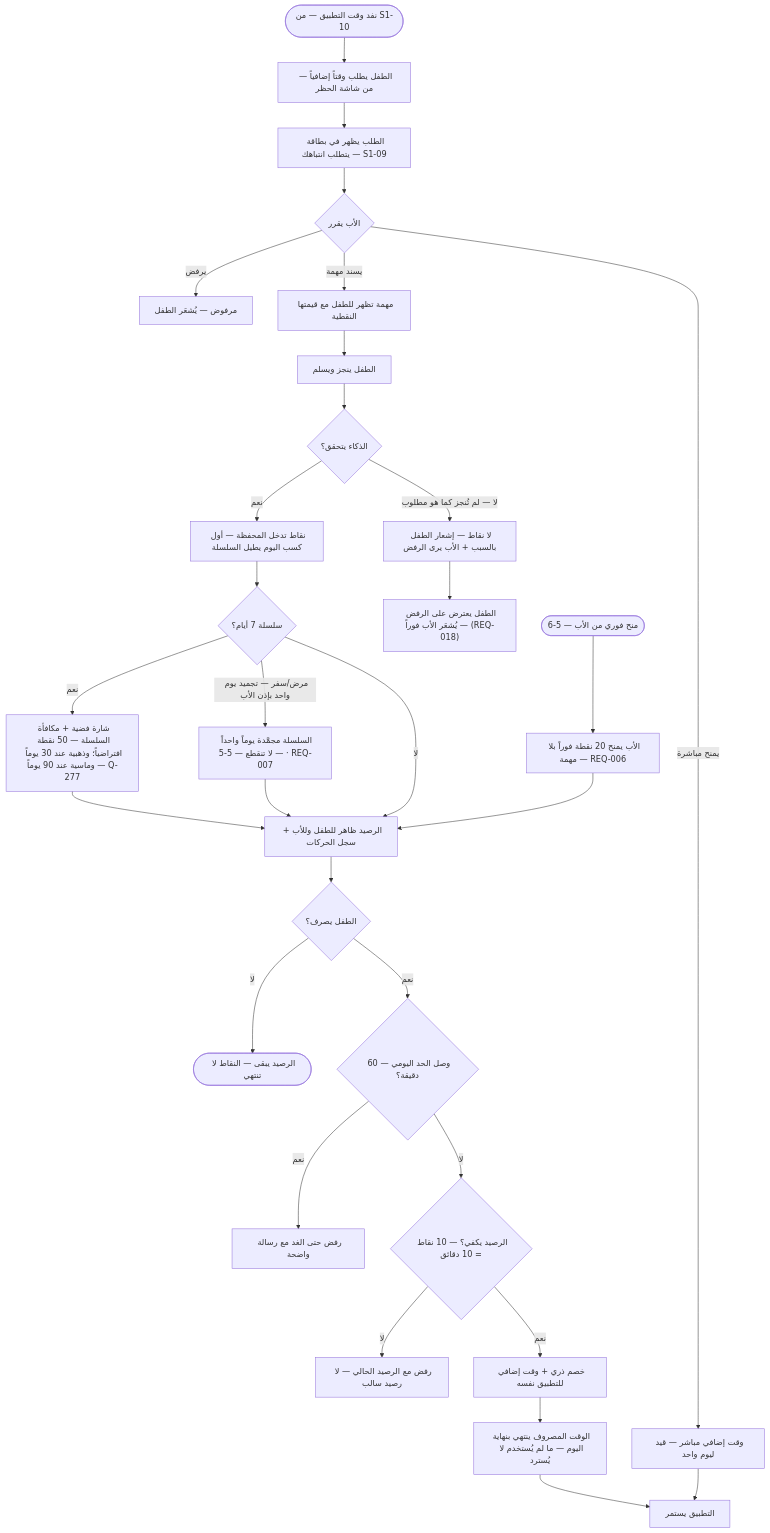
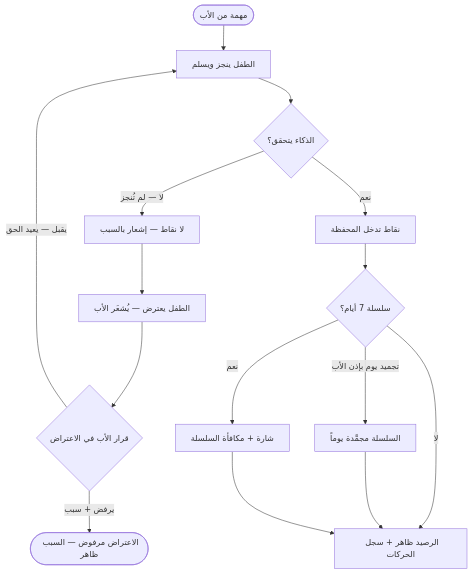
Before and after one commit to Bassam-mohammed-alqaeadi/family-os-v2: diagram 14 of 19 in docs/family-os/governance/phases/phase-1/S1-05-rewards-children/DIAGRAMS.md, drawn with Mermaid. The commit also changed other lines of this file, not shown here.

````diff
--- a/docs/family-os/governance/phases/phase-1/S1-05-rewards-children/DIAGRAMS.md
+++ b/docs/family-os/governance/phases/phase-1/S1-05-rewards-children/DIAGRAMS.md
@@ -427,32 +541,17 @@
 ```mermaid
 flowchart TD
-    Start([نفد وقت التطبيق — من S1-10]) --> Req[الطفل يطلب وقتاً إضافياً — من شاشة الحظر]
-    Start6([منح فوري من الأب — 5-6]) --> Grant20[الأب يمنح 20 نقطة فوراً بلا مهمة — REQ-006]
-    Grant20 --> Wallet
-    Req --> Card[الطلب يظهر في بطاقة يتطلب انتباهك — S1-09]
-    Card --> Father{الأب يقرر}
-    Father -->|يمنح مباشرة| Grant[وقت إضافي مباشر — قيد ليوم واحد]
-    Grant --> Play[التطبيق يستمر]
-    Father -->|يرفض| Reject[مرفوض — يُشعَر الطفل]
-    Father -->|يسند مهمة| Task[مهمة تظهر للطفل مع قيمتها النقطية]
-    Task --> Do[الطفل ينجز ويسلم]
+    Task([مهمة من الأب]) --> Do[الطفل ينجز ويسلم]
     Do --> AI{الذكاء يتحقق؟}
-    AI -->|لا — لم تُنجز كما هو مطلوب| NoCredit[لا نقاط — إشعار الطفل بالسبب + الأب يرى الرفض]
-    NoCredit --> Obj["الطفل يعترض على الرفض — يُشعَر الأب فوراً (REQ-018)"]
-    AI -->|نعم| Credit[نقاط تدخل المحفظة — أول كسب اليوم يطيل السلسلة]
+    AI -->|لا — لم تُنجز| NoCredit[لا نقاط — إشعار بالسبب]
+    NoCredit --> Obj[الطفل يعترض — يُشعَر الأب]
+    Obj --> Dec{قرار الأب في الاعتراض}
+    Dec -->|يقبل — يعيد الحق| Do
+    Dec -->|يرفض + سبب| ObjNo([الاعتراض مرفوض — السبب ظاهر])
+    AI -->|نعم| Credit[نقاط تدخل المحفظة]
     Credit --> Streak{سلسلة 7 أيام؟}
-    Streak -->|نعم| Bonus[شارة فضية + مكافأة السلسلة — 50 نقطة افتراضياً؛ وذهبية عند 30 يوماً وماسية عند 90 يوماً — Q-277]
-    Streak -->|لا| Wallet[الرصيد ظاهر للطفل وللأب + سجل الحركات]
-    Streak -->|مرض/سفر — تجميد يوم واحد بإذن الأب| Freeze[السلسلة مجمَّدة يوماً واحداً — لا تنقطع — 5-5 · REQ-007]
+    Streak -->|نعم| Bonus[شارة + مكافأة السلسلة]
+    Streak -->|لا| Wallet[الرصيد ظاهر + سجل الحركات]
+    Streak -->|تجميد يوم بإذن الأب| Freeze[السلسلة مجمَّدة يوماً]
     Freeze --> Wallet
     Bonus --> Wallet
-    Wallet --> Redeem{الطفل يصرف؟}
-    Redeem -->|لا| End([الرصيد يبقى — النقاط لا تنتهي])
-    Redeem -->|نعم| Cap{وصل الحد اليومي — 60 دقيقة؟}
-    Cap -->|نعم| Block[رفض حتى الغد مع رسالة واضحة]
-    Cap -->|لا| Check{الرصيد يكفي؟ — 10 نقاط = 10 دقائق}
-    Check -->|لا| NoBal[رفض مع الرصيد الحالي — لا رصيد سالب]
-    Check -->|نعم| Spend[خصم ذري + وقت إضافي للتطبيق نفسه]
-    Spend --> Expire[الوقت المصروف ينتهي بنهاية اليوم — ما لم يُستخدم لا يُسترد]
-    Expire --> Play
 ```
````
